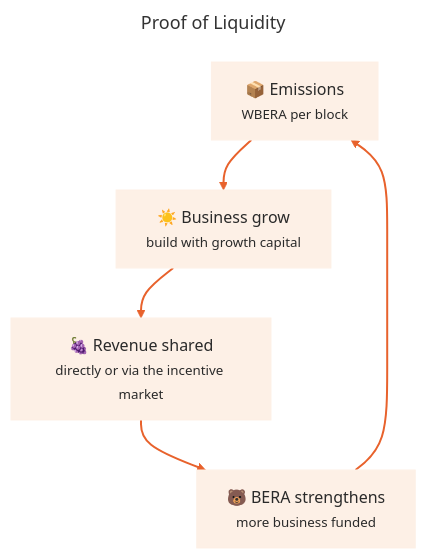
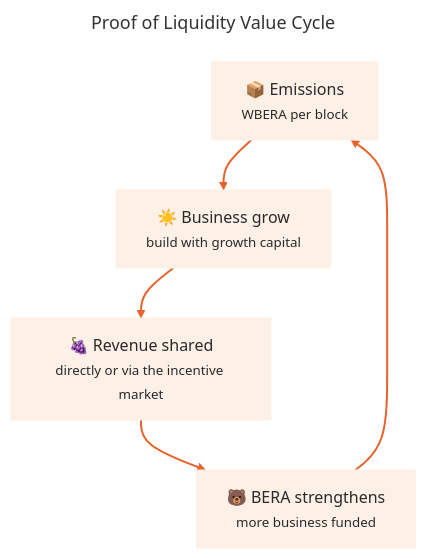
Before and after one commit to berachain/docs: the diagram in general/introduction/what-is-proof-of-liquidity.mdx, drawn with Mermaid. The commit also changed other lines of this file and 1 other file, not shown here.

Commit message:
Updated mintlify pages
- Updated general/introduction/what-is-proof-of-liquidity.mdx
- Updated general/proof-of-liquidity/dedicated-emission-stream.mdx

Mintlify-Source: dashboard-editor

````diff
--- a/general/introduction/what-is-proof-of-liquidity.mdx
+++ b/general/introduction/what-is-proof-of-liquidity.mdx
@@ -12,26 +12,26 @@
 ```mermaid actions={false}
 ---
-title: Proof of Liquidity
+title: Proof of Liquidity Value Cycle
 ---
 %%{init: {'flowchart': {'curve': 'basis'}}}%%
 flowchart TB
     Emissions["📦 Emissions<br/><small>WBERA per block</small>"]:::pill
 
     BERA["🐻 BERA strengthens<br/><small>more business funded</small>"]:::pill
     Business["☀️ Business grow<br/><small>build with growth capital</small>"]:::pill
 
     Revenue["🍇 Revenue shared<br/><small>directly or via the incentive market</small>"]:::pill
 
     Emissions --> Business
     Business --> Revenue
     Revenue --> BERA
     BERA --> Emissions
 
     BERA ~~~ Business
 
     classDef pill fill:#fdf0e6,stroke:#fdf0e6,color:#2a2a2a
     class Emissions,BERA,Business,Revenue pill
 
     linkStyle 0,1,2,3 stroke:#e8622c,stroke-width:2px
     linkStyle 4 stroke:none
 ```
````
